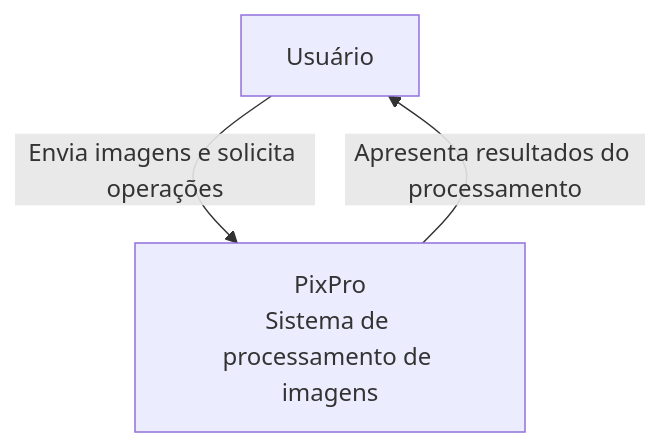
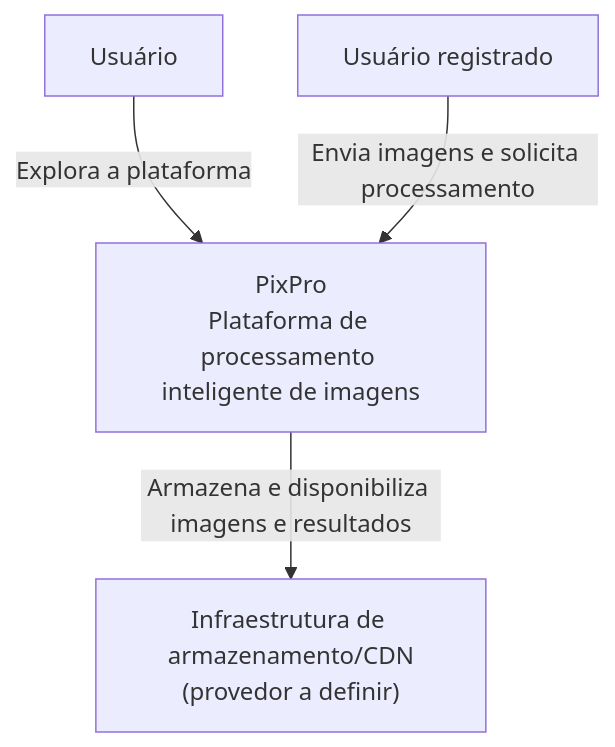
The diagram in docs/diagrams/c4-n1-contexto.md (Rhuan-me/Image-Pro-by-Pixel), drawn with Mermaid before and after one commit. The commit also changed other lines of this file and 1 other file, not shown here.

Commit message:
docs: update PixPro C4 diagrams based on backend architecture

````diff
--- a/docs/diagrams/c4-n1-contexto.md
+++ b/docs/diagrams/c4-n1-contexto.md
@@ -9,8 +9,11 @@
 ```mermaid
 flowchart TD
     Usuario["Usuário"]
-    PixPro["PixPro<br/>Sistema de processamento de imagens"]
+    UsuarioRegistrado["Usuário registrado"]
+    PixPro["PixPro<br/>Plataforma de processamento inteligente de imagens"]
+    Storage["Infraestrutura de armazenamento/CDN<br/>(provedor a definir)"]
 
-    Usuario -->|"Envia imagens e solicita operações"| PixPro
-    PixPro -->|"Apresenta resultados do processamento"| Usuario
+    Usuario -->|"Explora a plataforma"| PixPro
+    UsuarioRegistrado -->|"Envia imagens e solicita processamento"| PixPro
+    PixPro -->|"Armazena e disponibiliza imagens e resultados"| Storage
 ```
````
